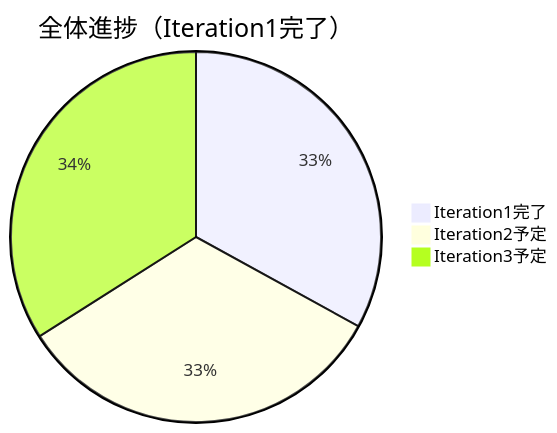
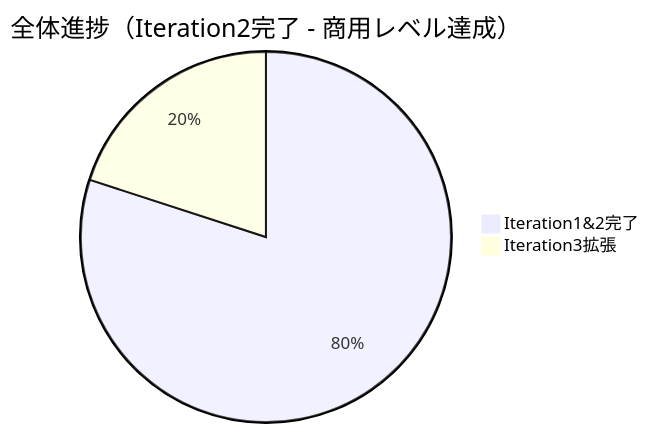
One commit to k2works/ai-programing-exercise changed the second of 2 diagrams in docs/requirements/イテレーション計画.md. Above: the diagram before and after it, drawn with Mermaid. The commit also changed other lines of this file and 2 other files, not shown here.

````diff
--- a/docs/requirements/イテレーション計画.md
+++ b/docs/requirements/イテレーション計画.md
@@ -225,6 +281,5 @@
 ```mermaid
-pie title 全体進捗（Iteration1完了）
-    "Iteration1完了" : 33
-    "Iteration2予定" : 33
-    "Iteration3予定" : 34
+pie title 全体進捗（Iteration2完了 - 商用レベル達成）
+    "Iteration1&2完了" : 80
+    "Iteration3拡張" : 20
 ```
````
